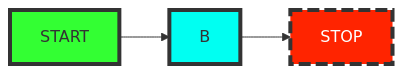
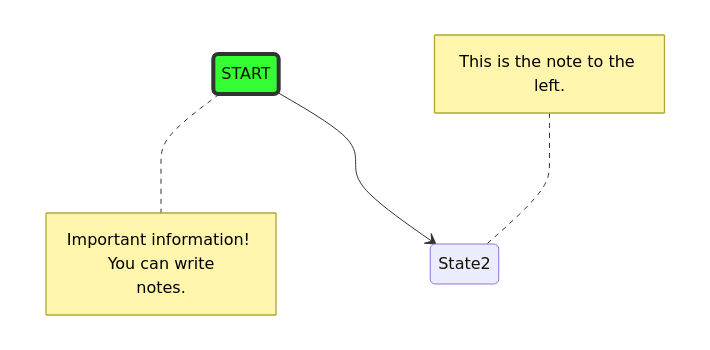
One commit to SergeevSergeiS/Wildberries changed the diagram in README.md. Above: the diagram before and after it, drawn with Mermaid.

Commit message:
README.md created

````diff
--- a/README.md
+++ b/README.md
@@ -1,8 +1,14 @@
-```mermaid
-  flowchart LR
+```mermaid        
+    stateDiagram-v2
     classDef class1 fill:#3f3,stroke:#333,stroke-width:4px
     classDef class2 fill:#ff2400,stroke:#333,stroke-width:4px,color:#fff,stroke-dasharray: 12 5
     classDef class3 fill:#00fff2,stroke:#333,stroke-width:4px
     
-    START:::class1 --> B:::class3 --> STOP:::class2
+        State1: START
+        note right of State1
+            Important information! You can write
+            notes.
+        end note
+        State1:::class1 --> State2
+        note left of State2 : This is the note to the left.
 ```
````
